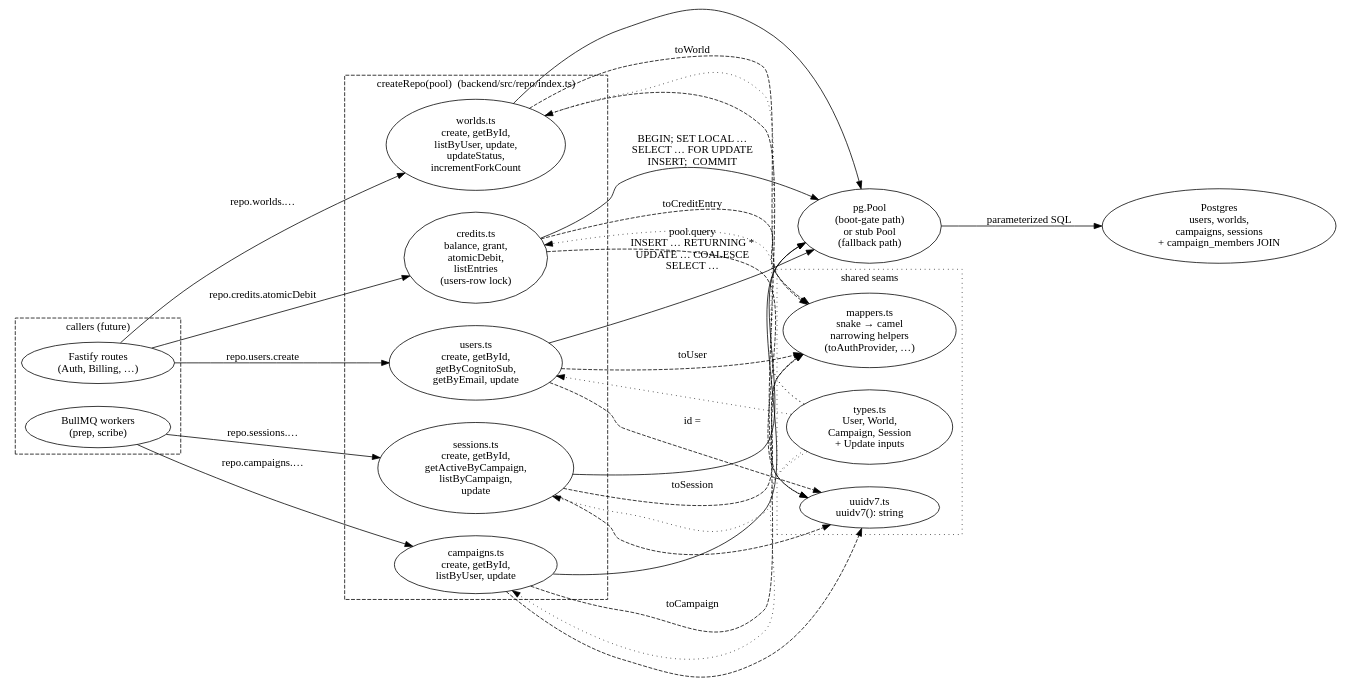
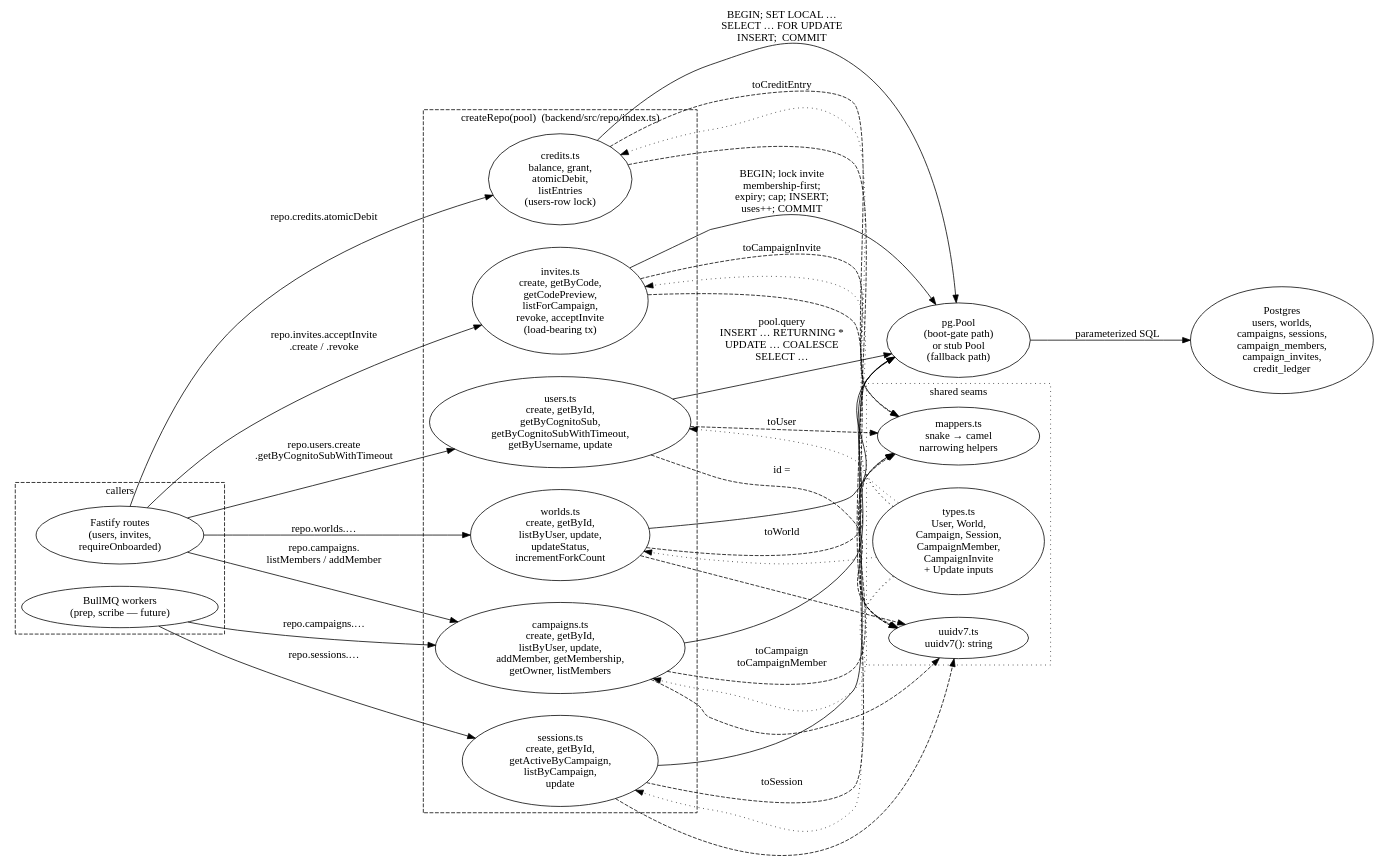
One commit to mythrun/mythrun changed the diagram in docs/wiki/diagrams/data/repository.dot. Above: the diagram before and after it, drawn with Graphviz. The commit also changed 20 other files, not shown here.

```diff
--- a/docs/wiki/diagrams/data/repository.dot
+++ b/docs/wiki/diagrams/data/repository.dot
@@ -1,77 +1,84 @@
 digraph repository {
   // The repository layer: a closure-based factory over a single pg.Pool that
   // returns one namespace object per top-level table cluster. Routes, services,
   // and workers call repo.<namespace>.<method>; the namespace functions own the
   // SQL, the parameter binding, and the snake_case→camelCase mapping.
   rankdir=LR;
   compound=true;
   nodesep=0.4;
   ranksep=0.7;
 
   subgraph cluster_callers {
-    label="callers (future)";
+    label="callers";
     style="dashed";
     color="ember";
     fontcolor="ember";
 
-    routes  [label="Fastify routes\n(Auth, Billing, …)"];
-    workers [label="BullMQ workers\n(prep, scribe)"];
+    routes  [label="Fastify routes\n(users, invites,\nrequireOnboarded)"];
+    workers [label="BullMQ workers\n(prep, scribe — future)"];
   }
 
   subgraph cluster_factory {
     label="createRepo(pool)  (backend/src/repo/index.ts)";
     style="dashed";
     color="ember";
     fontcolor="ember";
 
-    users     [label="users.ts\ncreate, getById,\ngetByCognitoSub,\ngetByEmail, update"];
+    users     [label="users.ts\ncreate, getById,\ngetByCognitoSub,\ngetByCognitoSubWithTimeout,\ngetByUsername, update"];
     worlds    [label="worlds.ts\ncreate, getById,\nlistByUser, update,\nupdateStatus,\nincrementForkCount"];
-    camps     [label="campaigns.ts\ncreate, getById,\nlistByUser, update"];
+    camps     [label="campaigns.ts\ncreate, getById,\nlistByUser, update,\naddMember, getMembership,\ngetOwner, listMembers"];
     sessions  [label="sessions.ts\ncreate, getById,\ngetActiveByCampaign,\nlistByCampaign,\nupdate"];
     credits   [label="credits.ts\nbalance, grant,\natomicDebit,\nlistEntries\n(users-row lock)"];
+    invites   [label="invites.ts\ncreate, getByCode,\ngetCodePreview,\nlistForCampaign,\nrevoke, acceptInvite\n(load-bearing tx)"];
   }
 
   subgraph cluster_seams {
     label="shared seams";
     style="dotted";
 
     uuid    [label="uuidv7.ts\nuuidv7(): string"];
-    types   [label="types.ts\nUser, World,\nCampaign, Session\n+ Update inputs"];
-    mappers [label="mappers.ts\nsnake → camel\nnarrowing helpers\n(toAuthProvider, …)"];
+    types   [label="types.ts\nUser, World,\nCampaign, Session,\nCampaignMember,\nCampaignInvite\n+ Update inputs"];
+    mappers [label="mappers.ts\nsnake → camel\nnarrowing helpers"];
   }
 
   pool   [label="pg.Pool\n(boot-gate path)\nor stub Pool\n(fallback path)", color="ember", fontcolor="ember"];
-  db     [label="Postgres\nusers, worlds,\ncampaigns, sessions\n+ campaign_members JOIN", color="ember", fontcolor="ember"];
+  db     [label="Postgres\nusers, worlds,\ncampaigns, sessions,\ncampaign_members,\ncampaign_invites,\ncredit_ledger", color="ember", fontcolor="ember"];
 
-  routes  -> users    [label="repo.users.create"];
+  routes  -> users    [label="repo.users.create\n.getByCognitoSubWithTimeout"];
   routes  -> worlds   [label="repo.worlds.…"];
   routes  -> credits  [label="repo.credits.atomicDebit"];
+  routes  -> invites  [label="repo.invites.acceptInvite\n.create / .revoke"];
+  routes  -> camps    [label="repo.campaigns.\nlistMembers / addMember"];
   workers -> camps    [label="repo.campaigns.…"];
   workers -> sessions [label="repo.sessions.…"];
 
   users    -> uuid    [label="id =", style=dashed];
   worlds   -> uuid    [label="", style=dashed];
   camps    -> uuid    [label="", style=dashed];
   sessions -> uuid    [label="", style=dashed];
   credits  -> uuid    [label="", style=dashed];
+  invites  -> uuid    [label="", style=dashed];
 
   users    -> mappers [label="toUser", style=dashed];
   worlds   -> mappers [label="toWorld", style=dashed];
-  camps    -> mappers [label="toCampaign", style=dashed];
+  camps    -> mappers [label="toCampaign\ntoCampaignMember", style=dashed];
   sessions -> mappers [label="toSession", style=dashed];
   credits  -> mappers [label="toCreditEntry", style=dashed];
+  invites  -> mappers [label="toCampaignInvite", style=dashed];
 
   users    -> pool    [label="pool.query\nINSERT … RETURNING *\nUPDATE … COALESCE\nSELECT …"];
   worlds   -> pool    [label=""];
   camps    -> pool    [label=""];
   sessions -> pool    [label=""];
   credits  -> pool    [label="BEGIN; SET LOCAL …\nSELECT … FOR UPDATE\nINSERT;  COMMIT"];
+  invites  -> pool    [label="BEGIN; lock invite\nmembership-first;\nexpiry; cap; INSERT;\nuses++; COMMIT"];
 
   pool    -> db       [label="parameterized SQL"];
 
   types -> users    [label="", style=dotted];
   types -> worlds   [label="", style=dotted];
   types -> camps    [label="", style=dotted];
   types -> sessions [label="", style=dotted];
   types -> credits  [label="", style=dotted];
+  types -> invites  [label="", style=dotted];
 }
```
